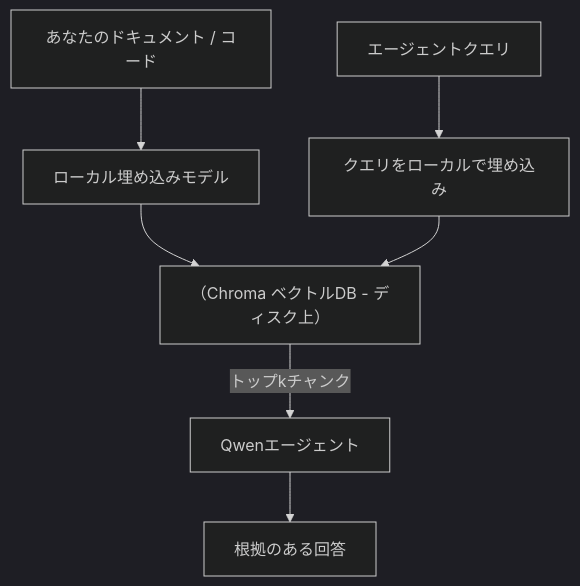
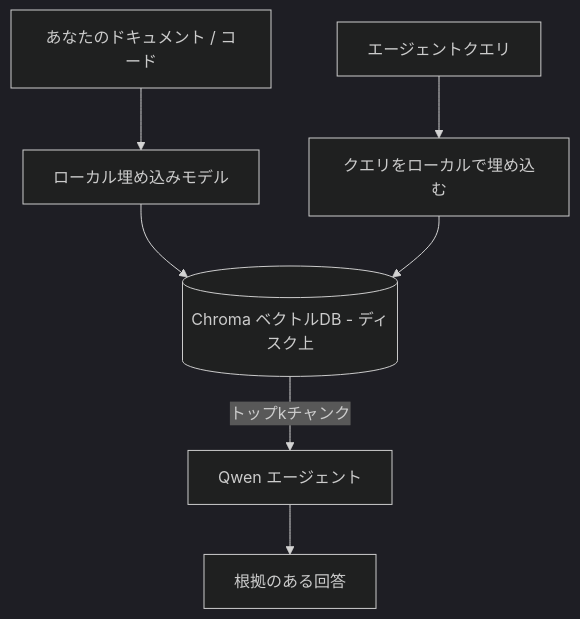
The third of 4 diagrams in translations/ja/17-creating-local-ai-agents/README.md (microsoft/ai-agents-for-beginners), drawn with Mermaid (dark theme) before and after one commit. The commit also changed other lines of this file and 46 other files, not shown here.

````diff
--- a/translations/ja/17-creating-local-ai-agents/README.md
+++ b/translations/ja/17-creating-local-ai-agents/README.md
@@ -125,9 +125,9 @@
 ```mermaid
 flowchart TB
     D[あなたのドキュメント / コード] --> E[ローカル埋め込みモデル]
-    E --> V[（Chroma ベクトルDB - ディスク上）]
-    Q[エージェントクエリ] --> QE[クエリをローカルで埋め込み]
+    E --> V[(Chroma ベクトルDB - ディスク上)]
+    Q[エージェントクエリ] --> QE[クエリをローカルで埋め込む]
     QE --> V
-    V -->|トップkチャンク| A[Qwenエージェント]
+    V -->|トップkチャンク| A[Qwen エージェント]
     A --> Ans[根拠のある回答]
 ```
````
